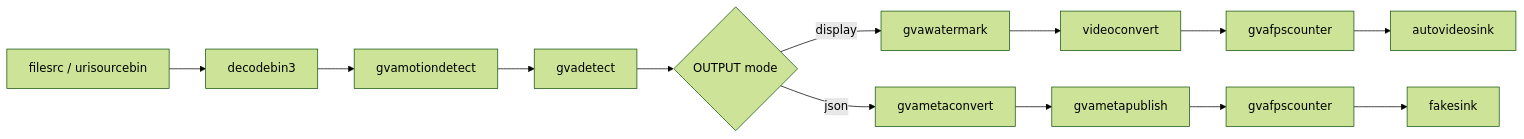
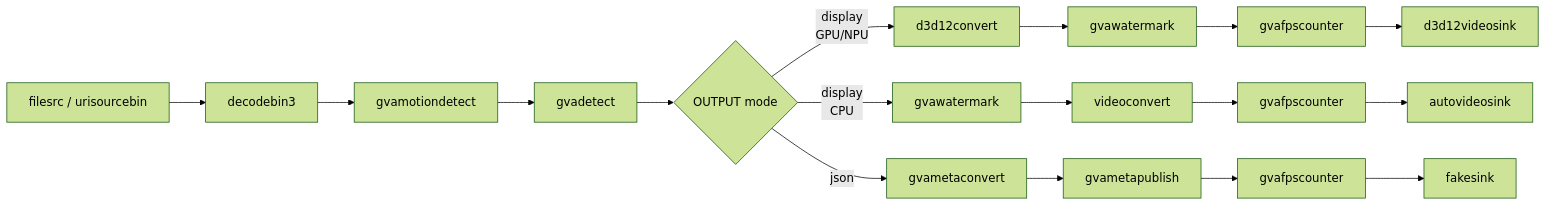
One commit to open-edge-platform/dlstreamer changed the diagram in samples/windows/gstreamer/gst_launch/motion_detect/README.md. Above: the diagram before and after it, drawn with Mermaid (forest theme). The commit also changed other lines of this file and 15 other files, not shown here.

````diff
--- a/samples/windows/gstreamer/gst_launch/motion_detect/README.md
+++ b/samples/windows/gstreamer/gst_launch/motion_detect/README.md
@@ -21,17 +31,22 @@
 ```mermaid
 graph LR
     A[filesrc / urisourcebin] --> B[decodebin3]
     B --> C[gvamotiondetect]
     C --> D[gvadetect]
     D --> E{OUTPUT mode}
 
-    E -->|display| F[gvawatermark]
+    E -->|display<br/>GPU/NPU| N[d3d12convert]
+    N --> O[gvawatermark]
+    O --> P[gvafpscounter]
+    P --> Q[d3d12videosink]
+
+    E -->|display<br/>CPU| F[gvawatermark]
     F --> G[videoconvert]
     G --> H[gvafpscounter]
     H --> I[autovideosink]
 
     E -->|json| J[gvametaconvert]
     J --> K[gvametapublish]
     K --> L[gvafpscounter]
     L --> M[fakesink]
 ```
````
